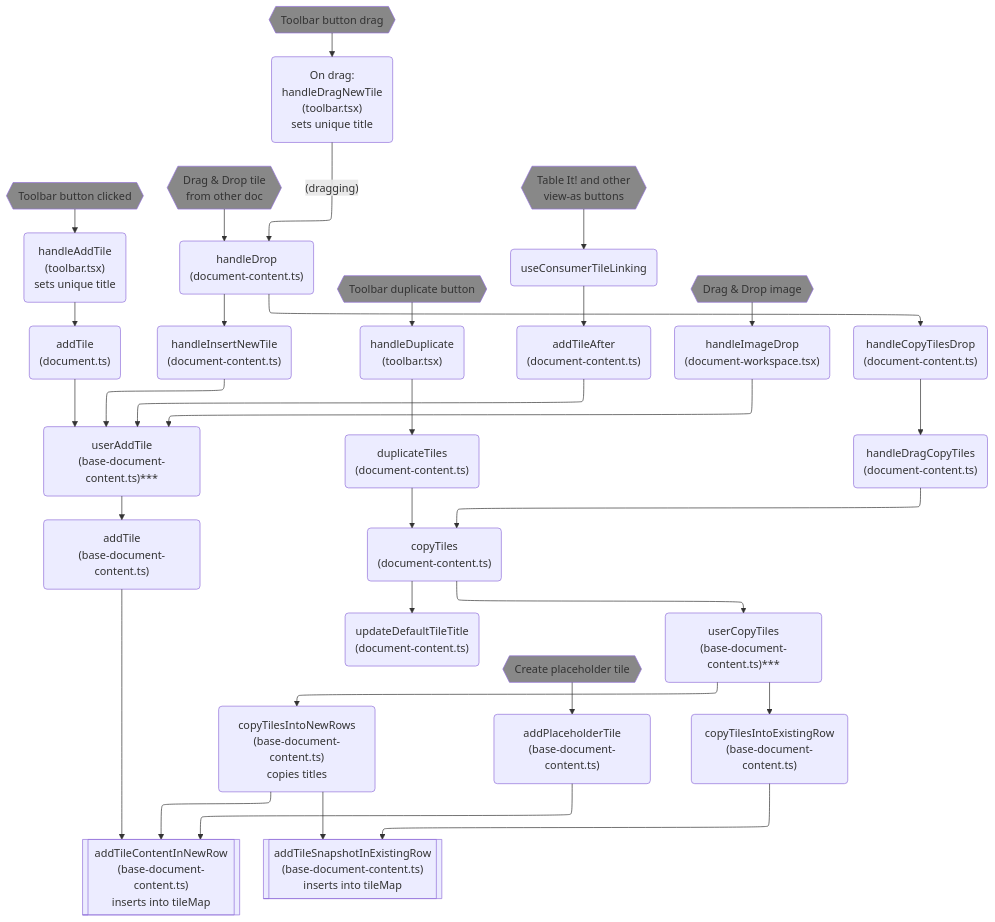
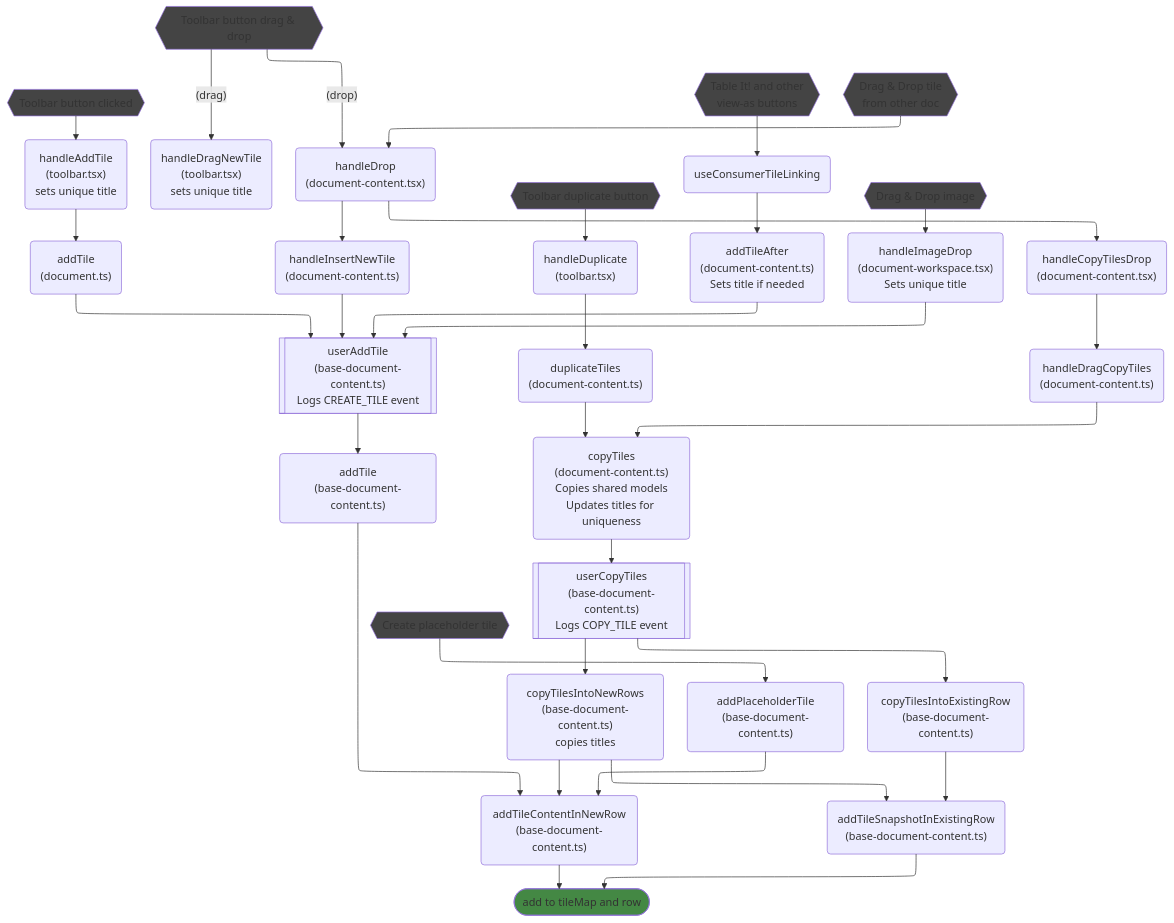
The diagram in docs/tile-creation.md (concord-consortium/collaborative-learning), drawn with Mermaid before and after one commit. The commit also changed other lines of this file and 13 other files, not shown here.

````diff
--- a/docs/tile-creation.md
+++ b/docs/tile-creation.md
@@ -5,66 +5,71 @@
 ```mermaid
 flowchart TD
 %%{init: {"flowchart": {"defaultRenderer": "elk"}} }%%
 
-BDCaddTileContentInNewRow[["addTileContentInNewRow\n(base-document-content.ts)\ninserts into tileMap"]]
-
-BDCaddTileSnapshotInExistingRow[["addTileSnapshotInExistingRow\n(base-document-content.ts)\ninserts into tileMap"]]
-
 toolbarClick{{"Toolbar button clicked"}}
 TBhandleAddTile("handleAddTile\n(toolbar.tsx)\nsets unique title")
 DaddTile("addTile\n(document.ts)")
-BDCuserAddTile("userAddTile\n(base-document-content.ts)***")
+BDCuserAddTile[["userAddTile\n(base-document-content.ts)\nLogs CREATE_TILE event"]]
 BDCaddTile("addTile\n(base-document-content.ts)")
 
 toolbarClick --> TBhandleAddTile --> DaddTile --> BDCuserAddTile --> BDCaddTile --> BDCaddTileContentInNewRow
 
-toolbarDrag{{"Toolbar button drag"}}
-ThandleDragNewTile("On drag:\nhandleDragNewTile\n(toolbar.tsx)\nsets unique title")
-DChandleDrop("On drop:\nhandleDrop\n(document-content.ts)")
+toolbarDrag{{"Toolbar button drag & drop"}}
+ThandleDragNewTile("handleDragNewTile\n(toolbar.tsx)\nsets unique title")
+DChandleDrop("handleDrop\n(document-content.tsx)")
 DChandleInsertNewTile("handleInsertNewTile\n(document-content.ts)")
 
-toolbarDrag --> ThandleDragNewTile -- (dragging) --> DChandleDrop --> DChandleInsertNewTile --> BDCuserAddTile
+toolbarDrag -- (drag) --> ThandleDragNewTile
+toolbarDrag -- (drop) --> DChandleDrop --> DChandleInsertNewTile --> BDCuserAddTile
 
 toolbarDuplicate{{Toolbar duplicate button}}
 ThandleDuplicate("handleDuplicate\n(toolbar.tsx)")
 DCduplicateTiles("duplicateTiles\n(document-content.ts)")
-DCcopyTiles("copyTiles\n(document-content.ts)")
-updateDefaultTileTitle("updateDefaultTileTitle\n(document-content.ts)")
+DCcopyTiles("copyTiles\n(document-content.ts)\nCopies shared models\nUpdates titles for uniqueness")
 BDCcopyTilesIntoNewRows("copyTilesIntoNewRows\n(base-document-content.ts)\ncopies titles")
 
 toolbarDuplicate --> ThandleDuplicate --> DCduplicateTiles --> DCcopyTiles
 BDCcopyTilesIntoNewRows --> BDCaddTileContentInNewRow
-DCcopyTiles --> updateDefaultTileTitle
 
 tableIt{{"Table It! and other\nview-as buttons"}}
 useConsumerTileLinking("useConsumerTileLinking")
-DCaddTileAfter("addTileAfter\n(document-content.ts)")
+DCaddTileAfter("addTileAfter\n(document-content.ts)\nSets title if needed")
 
 tableIt --> useConsumerTileLinking --> DCaddTileAfter --> BDCuserAddTile
 
 placeholder{{"Create placeholder tile"}}
 BDCaddPlaceholderTile("addPlaceholderTile\n(base-document-content.ts)")
 placeholder --> BDCaddPlaceholderTile --> BDCaddTileContentInNewRow
 
 dragImage{{"Drag & Drop image"}}
-DWhandleImageDrop("handleImageDrop\n(document-workspace.tsx)")
+DWhandleImageDrop("handleImageDrop\n(document-workspace.tsx)\nSets unique title")
 dragImage --> DWhandleImageDrop --> BDCuserAddTile
 
 dragTile{{"Drag & Drop tile\nfrom other doc"}}
-DChandleDrop("handleDrop\n(document-content.ts)")
-DChandleCopyTilesDrop("handleCopyTilesDrop\n(document-content.ts)")
+DChandleDrop("handleDrop\n(document-content.tsx)")
+DChandleCopyTilesDrop("handleCopyTilesDrop\n(document-content.tsx)")
 DChandleDragCopyTiles("handleDragCopyTiles\n(document-content.ts)")
-BDCuserCopyTiles("userCopyTiles\n(base-document-content.ts)***")
+BDCuserCopyTiles[["userCopyTiles\n(base-document-content.ts)\nLogs COPY_TILE event"]]
 BDCcopyTilesIntoExistingRow("copyTilesIntoExistingRow\n(base-document-content.ts)")
 
 dragTile --> DChandleDrop --> DChandleCopyTilesDrop --> DChandleDragCopyTiles --> DCcopyTiles --> BDCuserCopyTiles --> BDCcopyTilesIntoNewRows & BDCcopyTilesIntoExistingRow --> BDCaddTileSnapshotInExistingRow
 
-style toolbarClick fill:#888
-style toolbarDrag fill:#888
-style toolbarDuplicate fill:#888
-style dragImage fill:#888
-style dragTile fill:#888
-style tableIt fill:#888
-style placeholder fill:#888
+BDCaddTileContentInNewRow("addTileContentInNewRow\n(base-document-content.ts)")
+BDCaddTileSnapshotInExistingRow("addTileSnapshotInExistingRow\n(base-document-content.ts)")
+insert([add to tileMap and row])
+
+BDCaddTileContentInNewRow & BDCaddTileSnapshotInExistingRow --> insert
+
+style insert fill:#484
+
+
+
+style toolbarClick fill:#444
+style toolbarDrag fill:#444
+style toolbarDuplicate fill:#444
+style dragImage fill:#444
+style dragTile fill:#444
+style tableIt fill:#444
+style placeholder fill:#444
 
 ```
````
